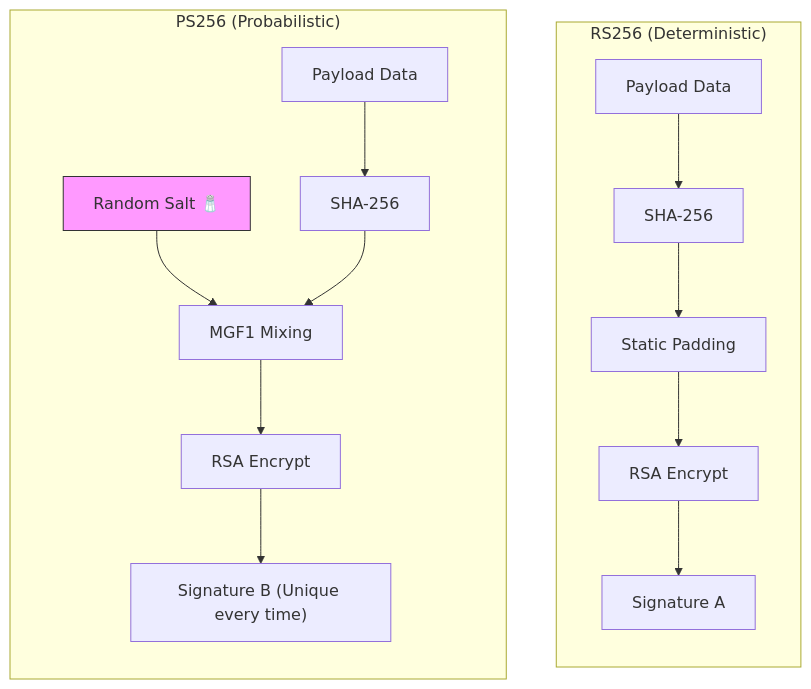
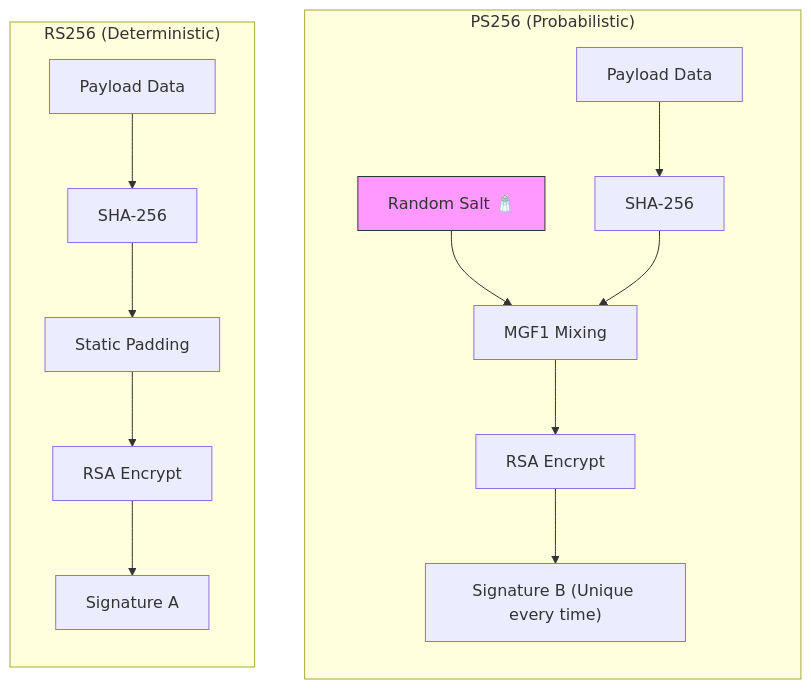
One commit to jairajkumar/me changed the second of 2 diagrams in content/blogs/JWT_signature.md. Above: the diagram before and after it, drawn with Mermaid. The commit also changed other lines of this file and 1 other file, not shown here.

```diff
--- a/content/blogs/JWT_signature.md
+++ b/content/blogs/JWT_signature.md
@@ -130,21 +130,21 @@
 {{< mermaid >}}
 flowchart TD
-    subgraph RS256 ["RS256 (Deterministic)"]
-    direction TB
-    Input1["Payload Data"] --> Hash1["SHA-256"]
-    Hash1 --> Pad1["Static Padding"]
-    Pad1 --> Enc1["RSA Encrypt"]
-    Enc1 --> Sig1["Signature A"]
-    end
-    
     subgraph PS256 ["PS256 (Probabilistic)"]
     direction TB
     Input2["Payload Data"] --> Hash2["SHA-256"]
     Salt["Random Salt 🧂"] --> Mix
     Hash2 --> Mix["MGF1 Mixing"]
     Mix --> Enc2["RSA Encrypt"]
     Enc2 --> Sig2["Signature B (Unique every time)"]
     end
     
+    subgraph RS256 ["RS256 (Deterministic)"]
+    direction TB
+    Input1["Payload Data"] --> Hash1["SHA-256"]
+    Hash1 --> Pad1["Static Padding"]
+    Pad1 --> Enc1["RSA Encrypt"]
+    Enc1 --> Sig1["Signature A"]
+    end
+    
     style Salt fill:#f9f,stroke:#333
 {{< /mermaid >}}
```
